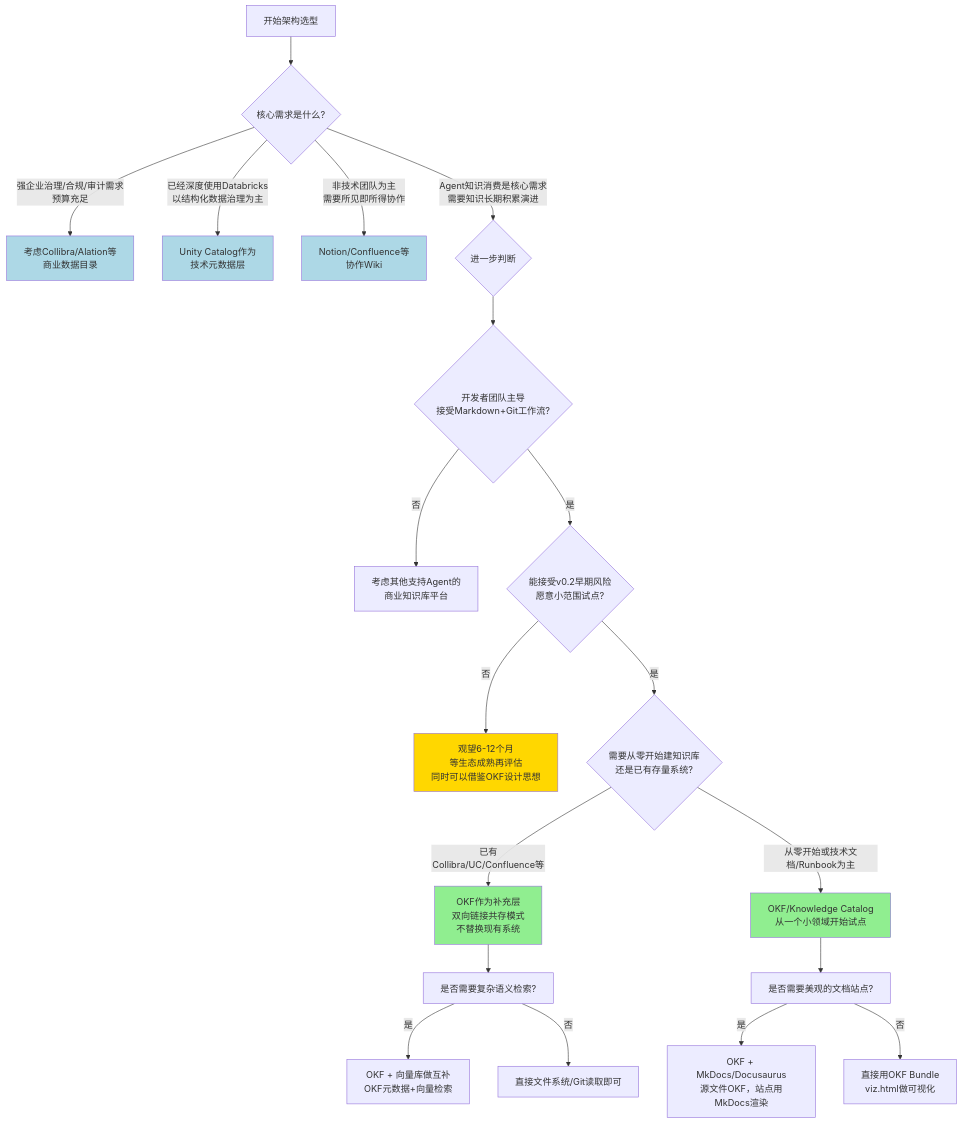
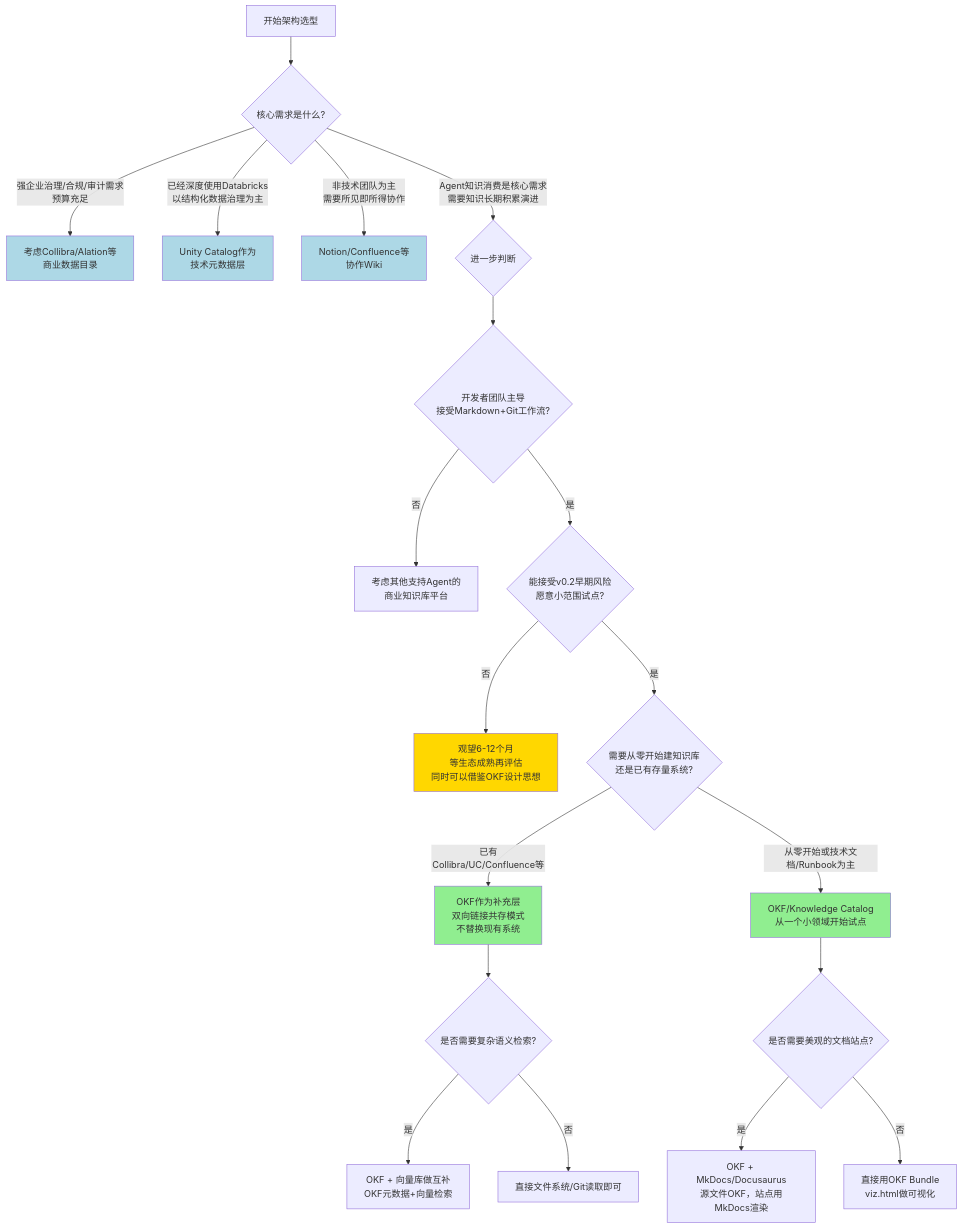
Before and after one commit to xinetzone/SpecWeave: the diagram in .agents/docs/knowledge/learning/01-agent-protocols-interfaces/knowledge-catalog-wiki/07-architecture-decisions.md, drawn with Mermaid. The commit also changed 3 other files, not shown here.

First line of the commit message:
fix(mermaid): 修复knowledge-catalog-wiki中9个Mermaid图表渲染兼容性问题

````diff
--- a/.agents/docs/knowledge/learning/01-agent-protocols-interfaces/knowledge-catalog-wiki/07-architecture-decisions.md
+++ b/.agents/docs/knowledge/learning/01-agent-protocols-interfaces/knowledge-catalog-wiki/07-architecture-decisions.md
@@ -308,34 +308,34 @@
 ```mermaid
 flowchart TD
-    A[开始架构选型] --> B{核心需求是什么?}
+    A["开始架构选型"] --> B{"核心需求是什么?"}
     
-    B -->|强企业治理/合规/审计需求<br>预算充足| C[考虑Collibra/Alation等<br>商业数据目录]
-    B -->|已经深度使用Databricks<br>以结构化数据治理为主| D[Unity Catalog作为<br>技术元数据层]
-    B -->|非技术团队为主<br>需要所见即所得协作| E[Notion/Confluence等<br>协作Wiki]
-    B -->|Agent知识消费是核心需求<br>需要知识长期积累演进| F{进一步判断}
+    B -->|"强企业治理/合规/审计需求<br>预算充足"| C["考虑Collibra/Alation等<br>商业数据目录"]
+    B -->|"已经深度使用Databricks<br>以结构化数据治理为主"| D["Unity Catalog作为<br>技术元数据层"]
+    B -->|"非技术团队为主<br>需要所见即所得协作"| E["Notion/Confluence等<br>协作Wiki"]
+    B -->|"Agent知识消费是核心需求<br>需要知识长期积累演进"| F{"进一步判断"}
     
-    F --> G{开发者团队主导<br>接受Markdown+Git工作流?}
-    G -->|否| H[考虑其他支持Agent的<br>商业知识库平台]
-    G -->|是| I{能接受v0.2早期风险<br>愿意小范围试点?}
+    F --> G{"开发者团队主导<br>接受Markdown+Git工作流?"}
+    G -->|"否"| H["考虑其他支持Agent的<br>商业知识库平台"]
+    G -->|"是"| I{"能接受v0.2早期风险<br>愿意小范围试点?"}
     
-    I -->|否| J[观望6-12个月<br>等生态成熟再评估<br>同时可以借鉴OKF设计思想]
-    I -->|是| K{需要从零开始建知识库<br>还是已有存量系统?}
+    I -->|"否"| J["观望6-12个月<br>等生态成熟再评估<br>同时可以借鉴OKF设计思想"]
+    I -->|"是"| K{"需要从零开始建知识库<br>还是已有存量系统?"}
     
-    K -->|已有Collibra/UC/Confluence等| L[OKF作为补充层<br>双向链接共存模式<br>不替换现有系统]
-    K -->|从零开始或技术文档/Runbook为主| M[OKF/Knowledge Catalog<br>从一个小领域开始试点]
+    K -->|"已有Collibra/UC/Confluence等"| L["OKF作为补充层<br>双向链接共存模式<br>不替换现有系统"]
+    K -->|"从零开始或技术文档/Runbook为主"| M["OKF/Knowledge Catalog<br>从一个小领域开始试点"]
     
-    M --> N[是否需要美观的文档站点?]
-    N -->|是| O[OKF + MkDocs/Docusaurus<br>源文件OKF，站点用MkDocs渲染]
-    N -->|否| P[直接用OKF Bundle<br>viz.html做可视化]
+    M --> N{"是否需要美观的文档站点?"}
+    N -->|"是"| O["OKF + MkDocs/Docusaurus<br>源文件OKF，站点用MkDocs渲染"]
+    N -->|"否"| P["直接用OKF Bundle<br>viz.html做可视化"]
     
-    L --> Q[是否需要复杂语义检索?]
-    Q -->|是| R[OKF + 向量库做互补<br>OKF元数据+向量检索]
-    Q -->|否| S[直接文件系统/Git读取即可]
+    L --> Q{"是否需要复杂语义检索?"}
+    Q -->|"是"| R["OKF + 向量库做互补<br>OKF元数据+向量检索"]
+    Q -->|"否"| S["直接文件系统/Git读取即可"]
     
     style M fill:#90EE90
     style L fill:#90EE90
     style J fill:#FFD700
     style C fill:#ADD8E6
     style D fill:#ADD8E6
     style E fill:#ADD8E6
 ```
````
